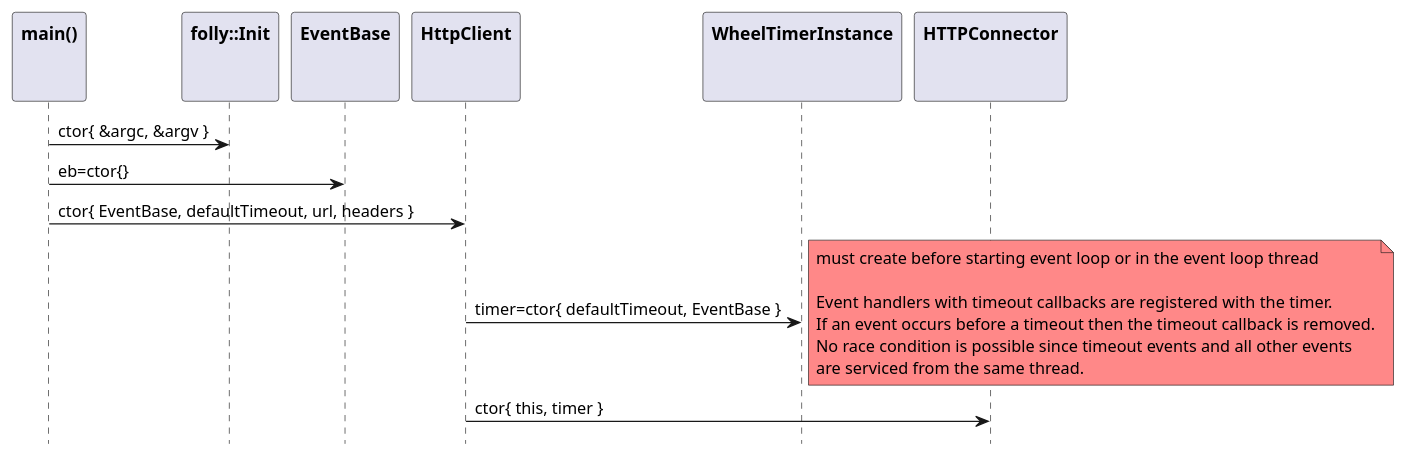
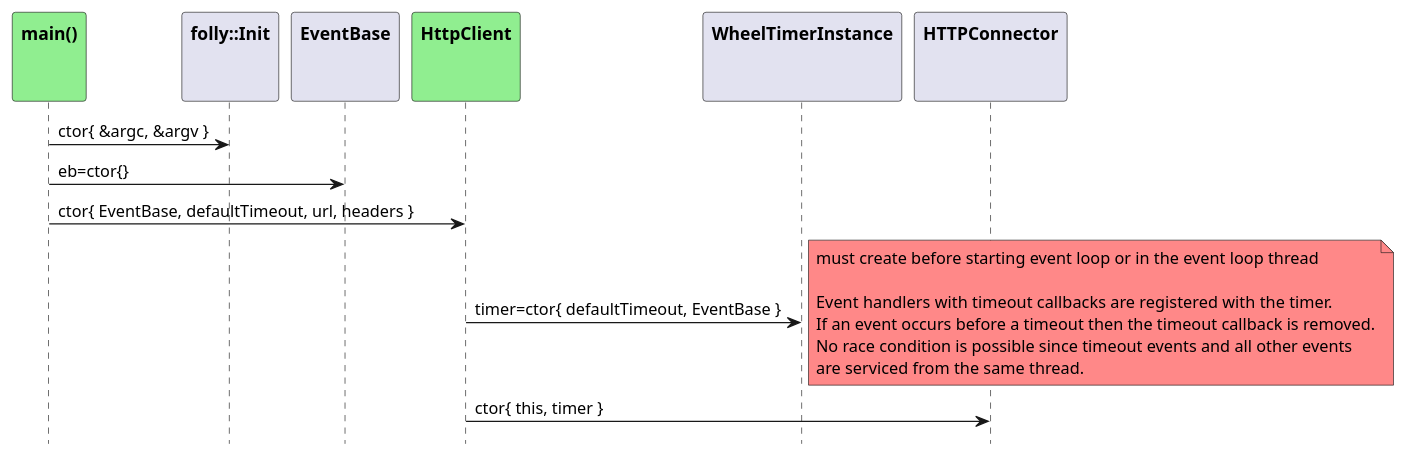
Before and after one commit to patrickhallinan/hello-proxygen: the first of 4 diagrams in doc/http-client.adoc, drawn with PlantUML. The commit also changed other lines of this file and 8 other files, not shown here.

```diff
--- a/doc/http-client.adoc
+++ b/doc/http-client.adoc
@@ -53,29 +53,29 @@
 [plantuml, "http-client-create-seq.puml", svg]
 ----
 hide footbox
 
-participant "**main()**\n\n" as main
+participant "**main()**\n\n" as main  #LightGreen
 participant "**folly::Init**\n\n" as Init
 participant "**EventBase**\n\n" as EventBase
-participant "**HttpClient**\n\n" as HttpClient
+participant "**HttpClient**\n\n" as HttpClient  #LightGreen
 participant "**WheelTimerInstance**\n\n" as WheelTimerInstance
 participant "**HTTPConnector**\n\n" as HTTPConnector
 
 
 main -> Init : ctor{ &argc, &argv }
 main -> EventBase : eb=ctor{}
 
 main -> HttpClient : ctor{ EventBase, defaultTimeout, url, headers }
 
 HttpClient -> WheelTimerInstance : timer=ctor{ defaultTimeout, EventBase }
 note right #ff8888
     must create before starting event loop or in the event loop thread
    
     Event handlers with timeout callbacks are registered with the timer.
     If an event occurs before a timeout then the timeout callback is removed.
     No race condition is possible since timeout events and all other events
     are serviced from the same thread.
 end note
 
 HttpClient -> HTTPConnector : ctor{ this, timer }
 ----
```
